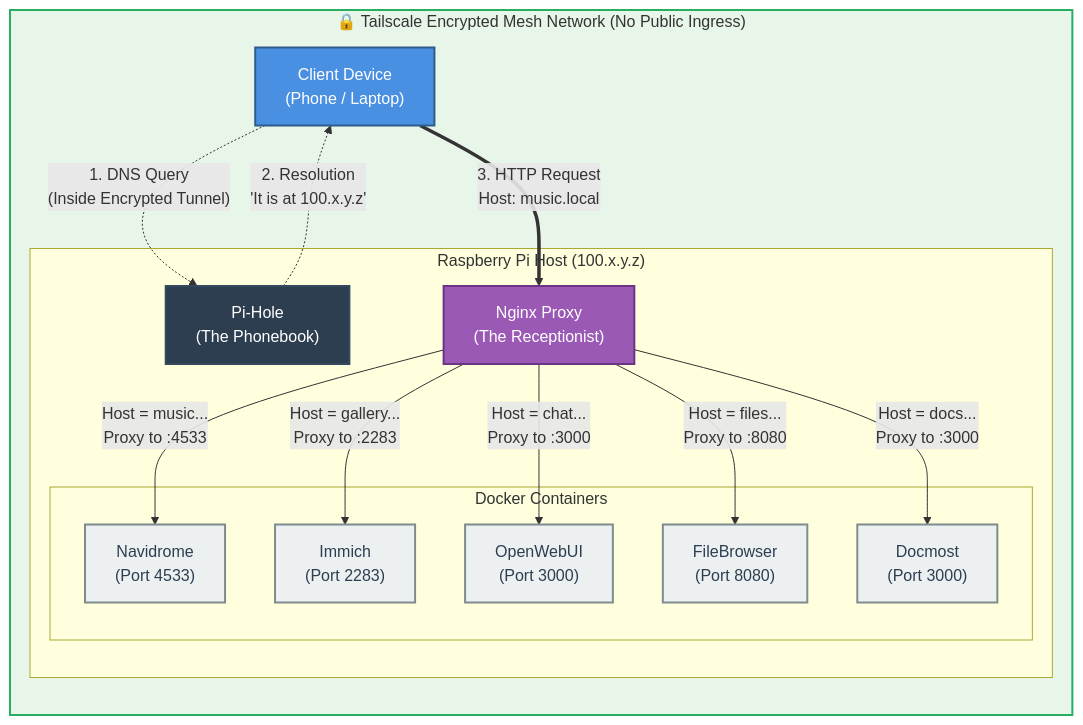
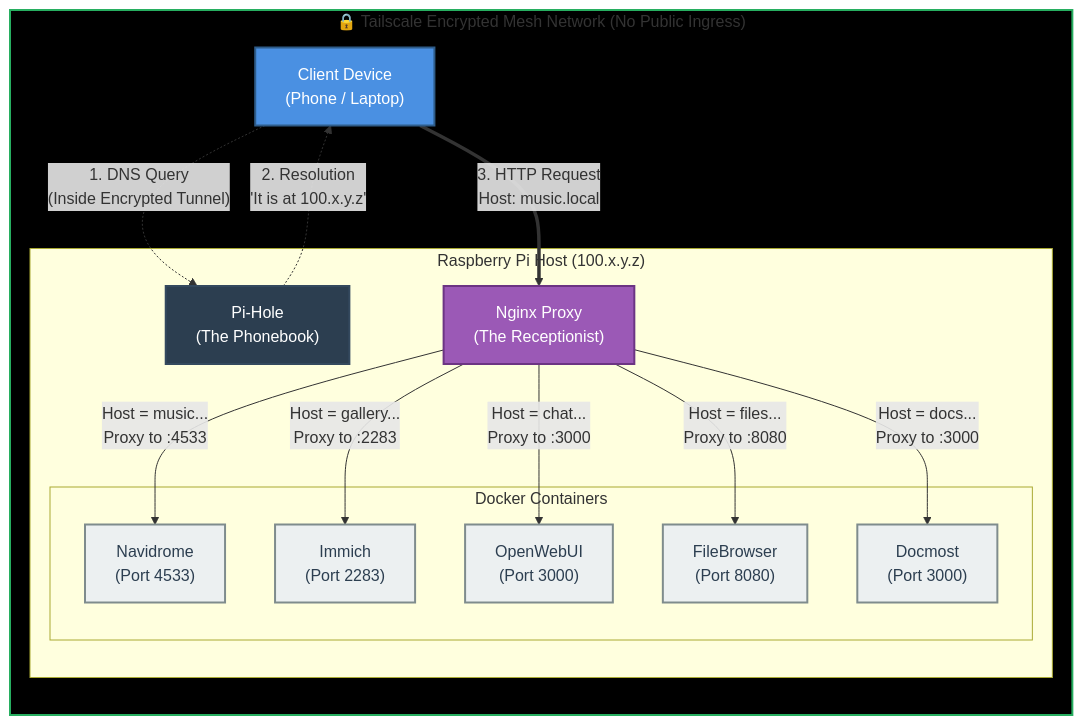
The diagram in README.md (spaceadler/homelab), drawn with Mermaid before and after one commit.

````diff
--- a/README.md
+++ b/README.md
@@ -55,50 +55,50 @@
 ```mermaid
 graph TD
      %% STYLING
     classDef client fill:#4A90E2,stroke:#2E5C8A,stroke-width:2px,color:#fff;
     classDef dns fill:#2C3E50,stroke:#34495E,stroke-width:2px,color:#fff;
     classDef proxy fill:#9B59B6,stroke:#6C3483,stroke-width:2px,color:#fff;
     classDef service fill:#ECF0F1,stroke:#7F8C8D,stroke-width:2px,color:#2C3E50;
-    classDef mesh fill:#E8F5E9,stroke:#27AE60,stroke-width:2px,stroke-dasharray:
+    classDef mesh fill:#000000,stroke:#27AE60,stroke-width:2px,stroke-dasharray:
 
     %% --- THE SECURE BOX ---
     subgraph Mesh ["🔒 Tailscale Encrypted Mesh Network (No Public Ingress)"]
         direction TB
         
         %% NODES
         User["Client Device<br/>(Phone / Laptop)"]:::client
         
         subgraph Host [" Raspberry Pi Host (100.x.y.z) "]
             
             PiHole["Pi-Hole<br/>(The Phonebook)"]:::dns
             Nginx["Nginx Proxy<br/>(The Receptionist)"]:::proxy
             
             subgraph Containers [" Docker Containers "]
                 Music["Navidrome<br/>(Port 4533)"]:::service
                 Immich["Immich<br/>(Port 2283)"]:::service
                 AI["OpenWebUI<br/>(Port 3000)"]:::service
                 Files["FileBrowser<br/>(Port 8080)"]:::service
                 Docs["Docmost<br/>(Port 3000)"]:::service
             end
         end
     end
 
     %% LOGIC FLOW
     
     %% Step 1: DNS
     User -.->|"1. DNS Query<br/>(Inside Encrypted Tunnel)"| PiHole
     PiHole -.->|"2. Resolution<br/>'It is at 100.x.y.z'"| User
 
     %% Step 2: Traffic
     User ==>|"3. HTTP Request<br/>Host: music.local"| Nginx
 
     %% Step 3: Routing
     Nginx -->|"Host = music...<br/>Proxy to :4533"| Music
     Nginx -->|"Host = gallery...<br/>Proxy to :2283"| Immich
     Nginx -->|"Host = chat...<br/>Proxy to :3000"| AI
     Nginx -->|"Host = files...<br/>Proxy to :8080"| Files
     Nginx -->|"Host = docs...<br/>Proxy to :3000"| Docs
 
     %% Apply Mesh Style
     class Mesh mesh;
 ```
````
